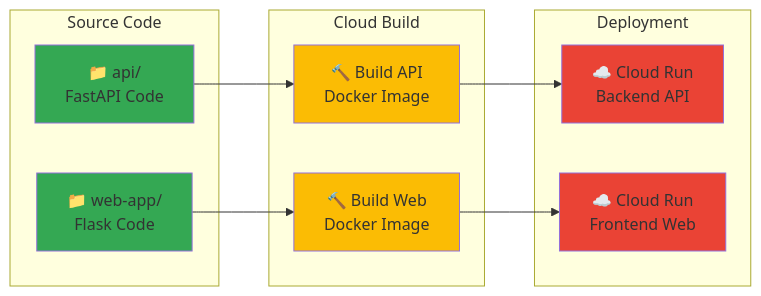
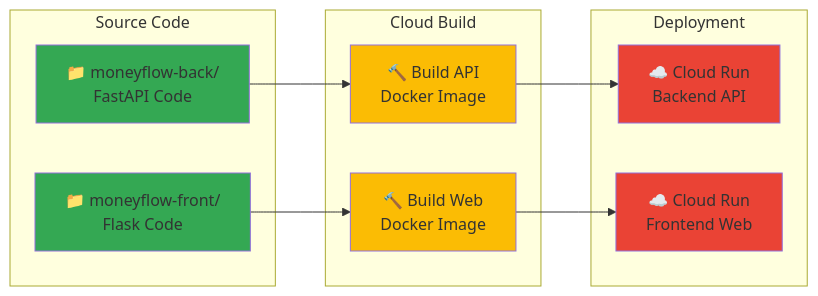
Before and after one commit to zelima/money-flow: the sixth of 6 diagrams in ARCHITECTURE.md, drawn with Mermaid. The commit also changed 53 other files, not shown here.

````diff
--- a/ARCHITECTURE.md
+++ b/ARCHITECTURE.md
@@ -315,30 +315,30 @@
 ```mermaid
 graph LR
     subgraph "Source Code"
-        API["📁 api/<br/>FastAPI Code"]
-        WebApp["📁 web-app/<br/>Flask Code"]
+        API["📁 moneyflow-back/<br/>FastAPI Code"]
+        WebApp["📁 moneyflow-front/<br/>Flask Code"]
     end
 
     subgraph "Cloud Build"
         BuildAPI["🔨 Build API<br/>Docker Image"]
         BuildWeb["🔨 Build Web<br/>Docker Image"]
     end
 
     subgraph "Deployment"
         CloudRunAPI["☁️ Cloud Run<br/>Backend API"]
         CloudRunWeb["☁️ Cloud Run<br/>Frontend Web"]
     end
 
     API --> BuildAPI
     WebApp --> BuildWeb
     BuildAPI --> CloudRunAPI
     BuildWeb --> CloudRunWeb
 
     classDef source fill:#34a853
     classDef build fill:#fbbc04
     classDef deploy fill:#ea4335
 
     class API,WebApp source
     class BuildAPI,BuildWeb build
     class CloudRunAPI,CloudRunWeb deploy
 ```
````
